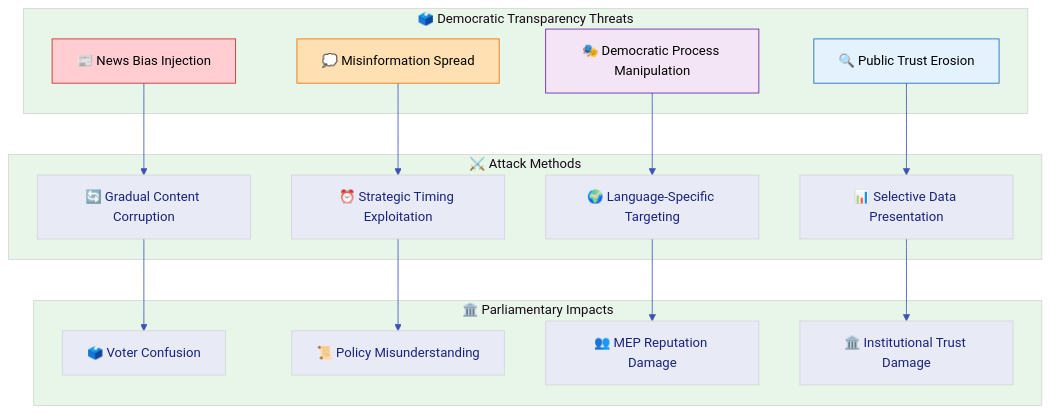
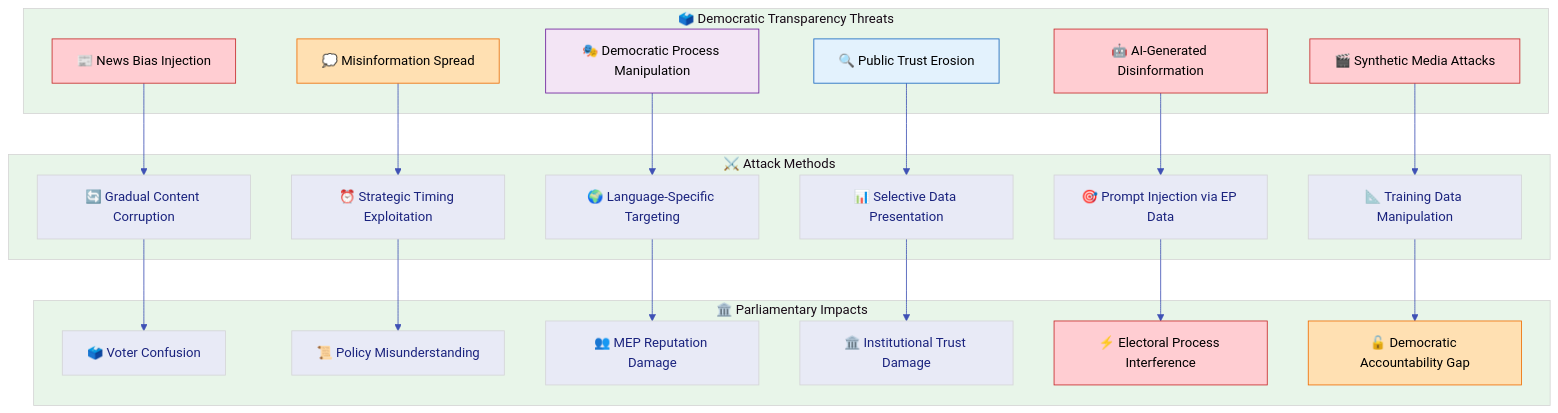
Before and after one commit to Hack23/euparliamentmonitor: diagram 14 of 18 in THREAT_MODEL.md, drawn with Mermaid. The commit also changed other lines of this file, not shown here.

First line of the commit message:
feat: update THREAT_MODEL.md v2.5 — AI security analysis, gh-aw defense-in-depth, democratic AI threats

````diff
--- a/THREAT_MODEL.md
+++ b/THREAT_MODEL.md
@@ -1755,50 +2151,64 @@
 ```mermaid
 %%{
   init: {
     'theme': 'base',
     'themeVariables': {
       'primaryColor': '#e8eaf6',
       'primaryTextColor': '#1a237e',
       'lineColor': '#3f51b5',
       'secondaryColor': '#f3e5f5',
       'tertiaryColor': '#e8f5e9'
     }
   }
 }%%
 flowchart TD
     subgraph DEMOCRATIC_THREATS["🗳️ Democratic Transparency Threats"]
         BIAS[📰 News Bias Injection]
         MISINFO[💭 Misinformation Spread]
         MANIPULATION[🎭 Democratic Process Manipulation]
         TRUST_EROSION[🔍 Public Trust Erosion]
+        AI_DISINFO[🤖 AI-Generated Disinformation]
+        DEEPFAKE[🎬 Synthetic Media Attacks]
     end
 
     subgraph ATTACK_METHODS["⚔️ Attack Methods"]
         GRADUAL[🔄 Gradual Content Corruption]
         TIMING[⏰ Strategic Timing Exploitation]
         LANG_TARGET[🌍 Language-Specific Targeting]
         SELECTIVE[📊 Selective Data Presentation]
+        PROMPT_INJECT[🎯 Prompt Injection via EP Data]
+        TRAINING_BIAS[📐 Training Data Manipulation]
     end
 
     subgraph PARLIAMENTARY_IMPACTS["🏛️ Parliamentary Impacts"]
         VOTER_CONFUSION[🗳️ Voter Confusion]
         POLICY_MISUNDERSTANDING[📜 Policy Misunderstanding]
         MEP_REPUTATION[👥 MEP Reputation Damage]
         INSTITUTIONAL_HARM[🏛️ Institutional Trust Damage]
+        ELECTORAL_INTERFERENCE[⚡ Electoral Process Interference]
+        ACCOUNTABILITY_GAP[🔓 Democratic Accountability Gap]
     end
 
     BIAS --> GRADUAL
     MISINFO --> TIMING
     MANIPULATION --> LANG_TARGET
     TRUST_EROSION --> SELECTIVE
+    AI_DISINFO --> PROMPT_INJECT
+    DEEPFAKE --> TRAINING_BIAS
 
     GRADUAL --> VOTER_CONFUSION
     TIMING --> POLICY_MISUNDERSTANDING
     LANG_TARGET --> MEP_REPUTATION
     SELECTIVE --> INSTITUTIONAL_HARM
+    PROMPT_INJECT --> ELECTORAL_INTERFERENCE
+    TRAINING_BIAS --> ACCOUNTABILITY_GAP
 
     style BIAS fill:#ffcdd2,stroke:#c62828,color:#000
     style MISINFO fill:#ffe0b2,stroke:#ef6c00,color:#000
     style MANIPULATION fill:#f3e5f5,stroke:#6a1b9a,color:#000
     style TRUST_EROSION fill:#e3f2fd,stroke:#1565c0,color:#000
+    style AI_DISINFO fill:#ffcdd2,stroke:#c62828,color:#000
+    style DEEPFAKE fill:#ffcdd2,stroke:#c62828,color:#000
+    style ELECTORAL_INTERFERENCE fill:#ffcdd2,stroke:#c62828,color:#000
+    style ACCOUNTABILITY_GAP fill:#ffe0b2,stroke:#ef6c00,color:#000
 ```
````
